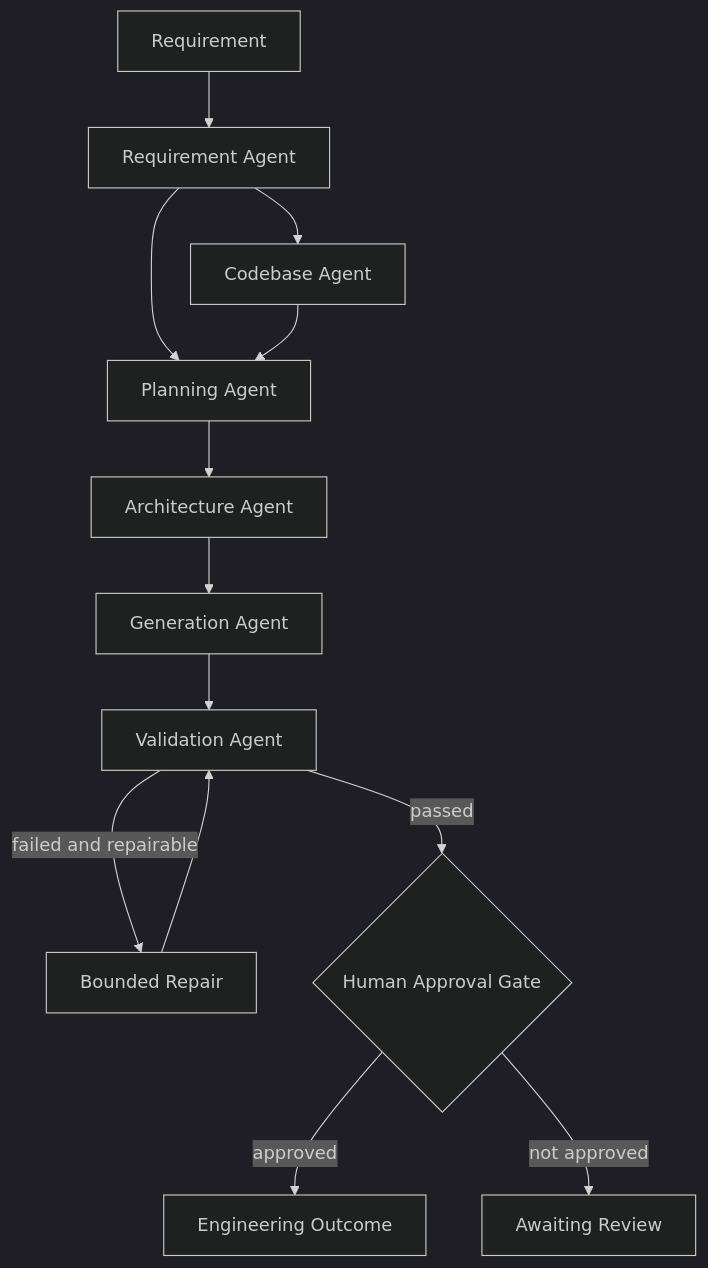
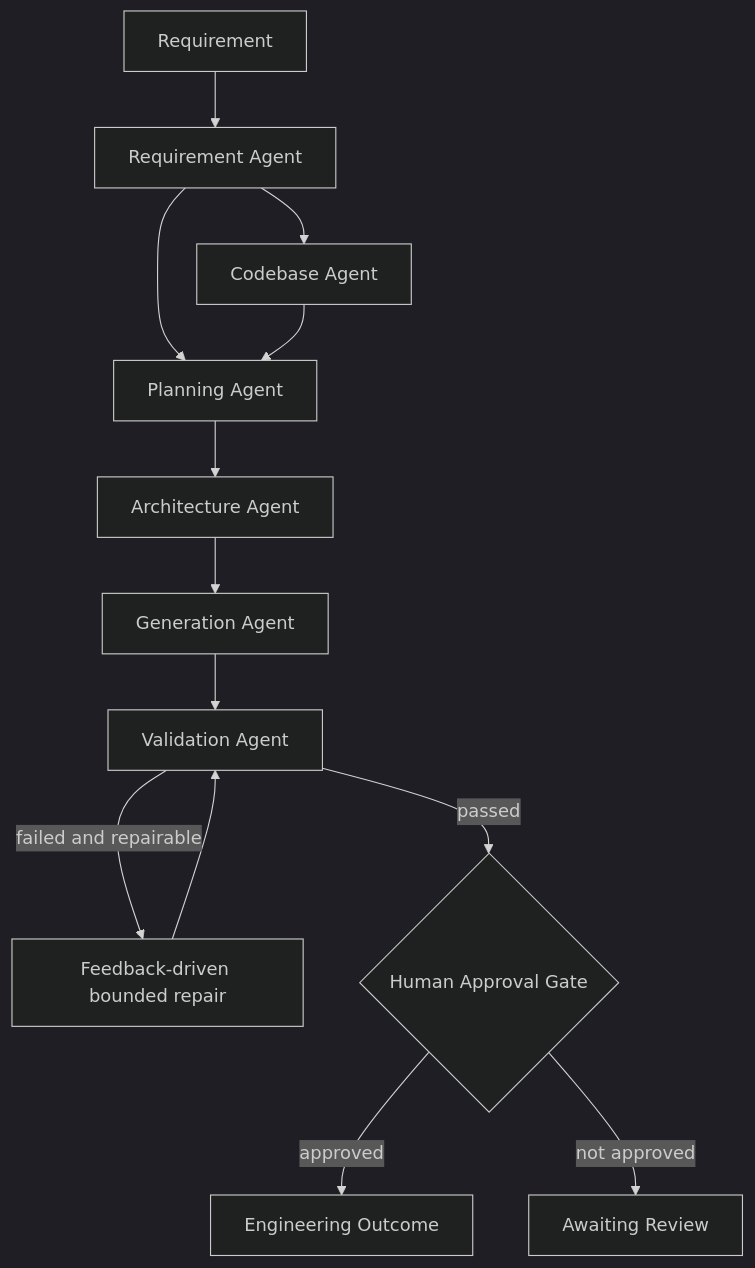
Before and after one commit to RavishankarVAD/agentic-sdlc-engineering-system: the diagram in docs/ARCHITECTURE.md, drawn with Mermaid (dark theme). The commit also changed other lines of this file, not shown here.

Commit message:
Document context-aware planning and feedback repair

````diff
--- a/docs/ARCHITECTURE.md
+++ b/docs/ARCHITECTURE.md
@@ -6,15 +6,15 @@
 ```mermaid
 flowchart TD
     R[Requirement] --> A[Requirement Agent]
     A --> C[Codebase Agent]
     A --> P[Planning Agent]
     C --> P
     P --> D[Architecture Agent]
     D --> G[Generation Agent]
     G --> V[Validation Agent]
-    V -->|failed and repairable| X[Bounded Repair]
+    V -->|failed and repairable| X[Feedback-driven bounded repair]
     X --> V
     V -->|passed| H{Human Approval Gate}
     H -->|approved| O[Engineering Outcome]
     H -->|not approved| W[Awaiting Review]
 ```
````
